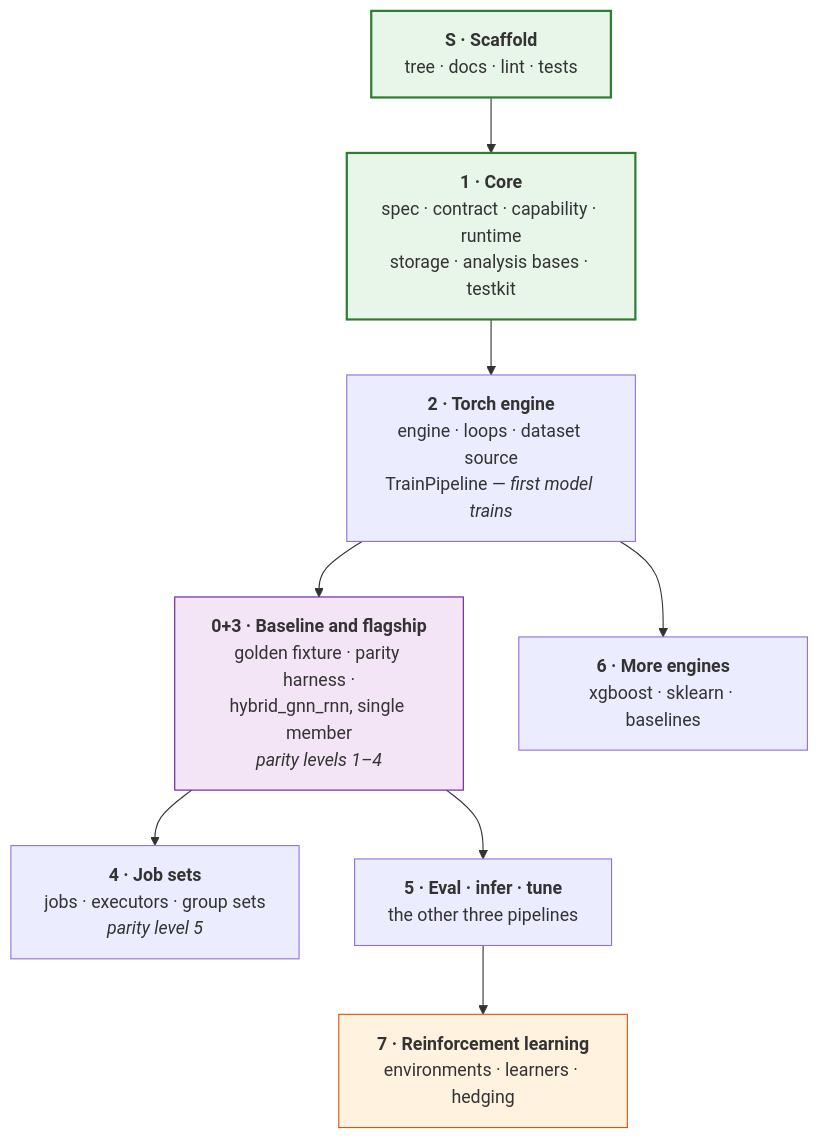
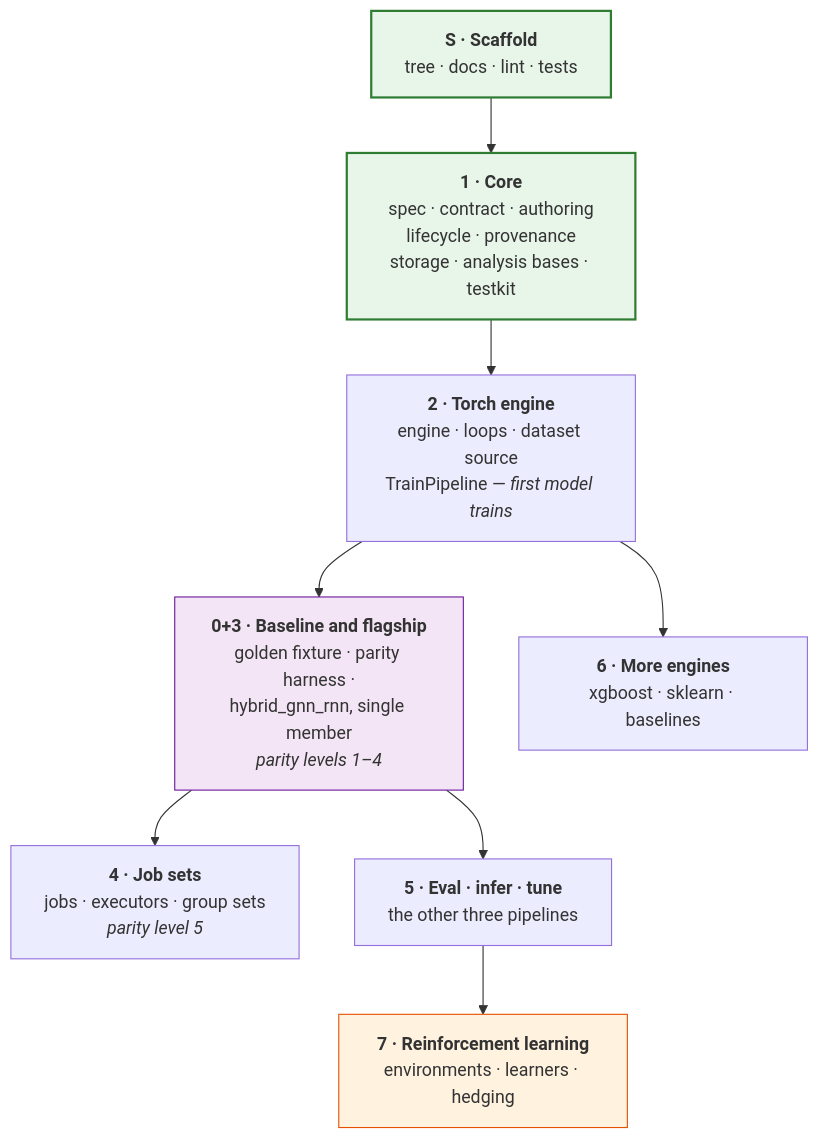
The diagram in src/rade_qnet/docs/IMPLEMENTATION.md (JStevens95/QuantStrata), drawn with Mermaid before and after one commit. The commit also changed 43 other files, not shown here.

````diff
--- a/src/rade_qnet/docs/IMPLEMENTATION.md
+++ b/src/rade_qnet/docs/IMPLEMENTATION.md
@@ -121,24 +121,24 @@
 ```mermaid
 flowchart TD
     S["<b>S · Scaffold</b><br/>tree · docs · lint · tests"]
-    P1["<b>1 · Core</b><br/>spec · contract · capability · runtime<br/>storage · analysis bases · testkit"]
+    P1["<b>1 · Core</b><br/>spec · contract · authoring<br/>lifecycle · provenance<br/>storage · analysis bases · testkit"]
     P2["<b>2 · Torch engine</b><br/>engine · loops · dataset source<br/>TrainPipeline — <i>first model trains</i>"]
     P3["<b>0+3 · Baseline and flagship</b><br/>golden fixture · parity harness ·<br/>hybrid_gnn_rnn, single member<br/><i>parity levels 1–4</i>"]
     P4["<b>4 · Job sets</b><br/>jobs · executors · group sets<br/><i>parity level 5</i>"]
     P5["<b>5 · Eval · infer · tune</b><br/>the other three pipelines"]
     P6["<b>6 · More engines</b><br/>xgboost · sklearn · baselines"]
     P7["<b>7 · Reinforcement learning</b><br/>environments · learners · hedging"]
 
     S --> P1
     P1 --> P2
     P2 --> P3
     P2 --> P6
     P3 --> P4
     P3 --> P5
     P5 --> P7
 
     style S fill:#e8f5e9,stroke:#2e7d32,stroke-width:2px
     style P1 fill:#e8f5e9,stroke:#2e7d32,stroke-width:2px
     style P3 fill:#f3e5f5,stroke:#6a1b9a
     style P7 fill:#fff3e0,stroke:#e65100
 ```
````
